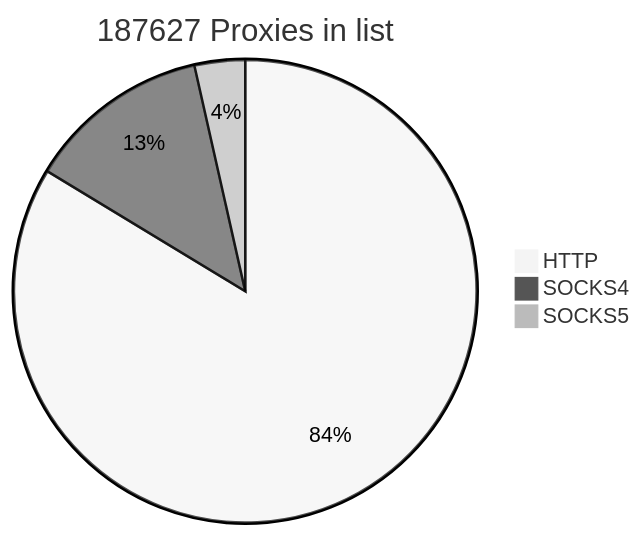
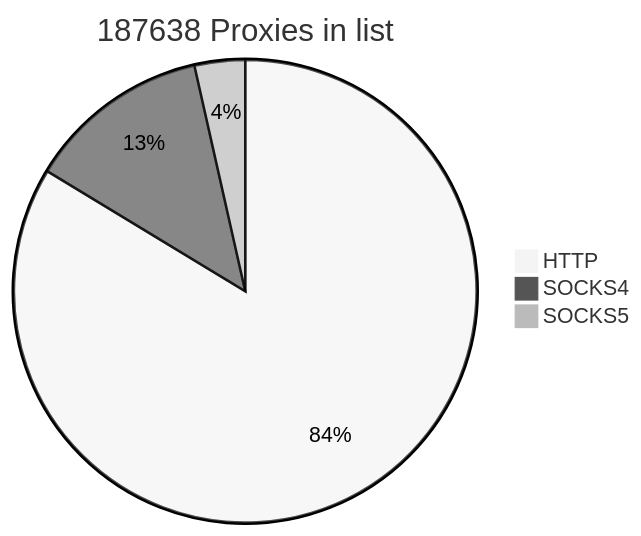
One commit to cutipu/proxylist changed the first of 2 diagrams in README.md. Above: the diagram before and after it, drawn with Mermaid (neutral theme). The commit also changed other lines of this file, not shown here.

````diff
--- a/README.md
+++ b/README.md
@@ -2,7 +2,7 @@
 ```mermaid
-pie title 187627 Proxies in list
-    "HTTP" : 157001
-    "SOCKS4" : 24009
-    "SOCKS5" : 6617
+pie title 187638 Proxies in list
+    "HTTP" : 157012
+    "SOCKS4" : 24007
+    "SOCKS5" : 6619
             
 ```
````
